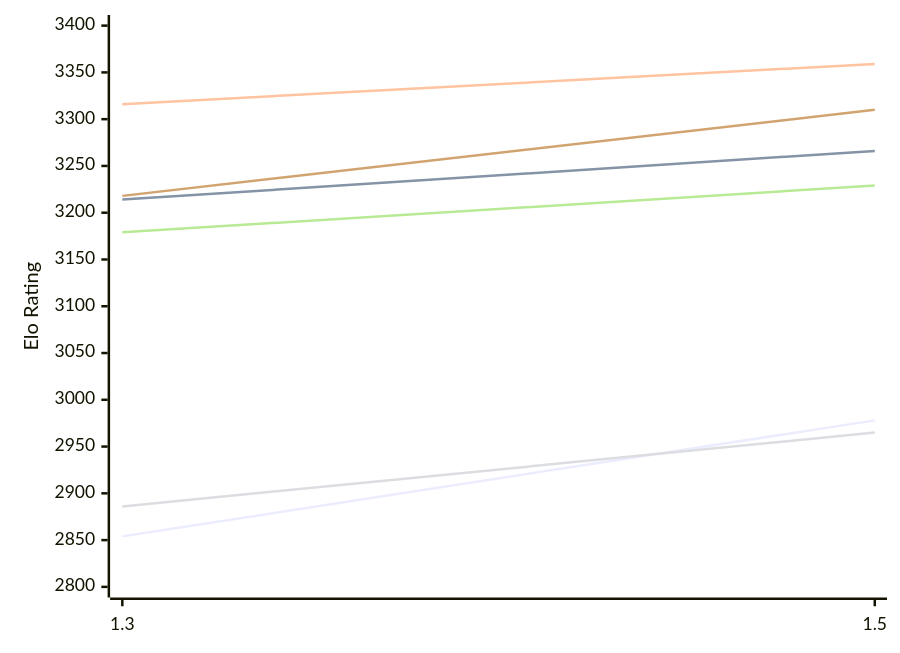
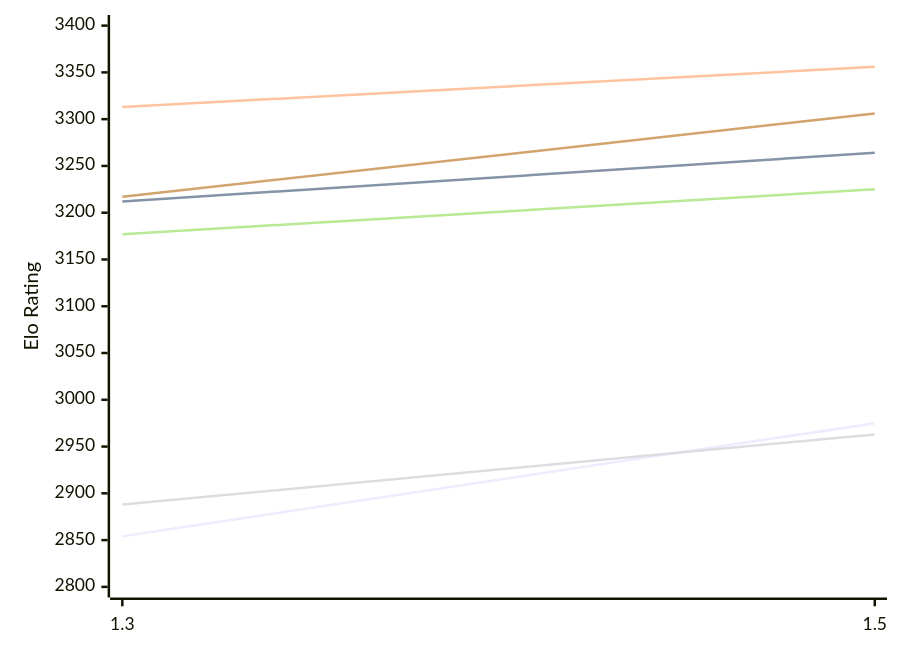
The first of 2 diagrams in engines/Lambergar.md (computer-chess-index/cci), drawn with Mermaid before and after one commit. The commit also changed other lines of this file, not shown here.

Commit message:
Update CCI Ratings (ELO VLTC) - 2026-11-19

````diff
--- a/engines/Lambergar.md
+++ b/engines/Lambergar.md
@@ -50,12 +50,12 @@
 ```mermaid
 %%{init: {"theme":"base","themeVariables":{"seriesColors:['#a3a3a3','#222221','#faa371']}}}%%
 xychart-beta
   x-axis ["1.3", "1.5"]
   y-axis "Elo Rating" 2800 --> 3400
-  line "E1: STC (8.0+0.08s)" [2854, 2978]
-  line "E1: LTC (60.0+0.60s)" [3214, 3266]
-  line "E1: VLTC (2m24s+1.12s)" [3316, 3359]
-  line "P1: STC (8.0+0.08s)" [2886, 2965]
-  line "P1: LTC (60.0+0.60s)" [3179, 3229]
-  line "P1: VLTC (2m24s+1.12s)" [3218, 3310]
+  line "E1: STC (8.0+0.08s)" [2854, 2975]
+  line "E1: LTC (60.0+0.60s)" [3212, 3264]
+  line "E1: VLTC (2m24s+1.12s)" [3313, 3356]
+  line "P1: STC (8.0+0.08s)" [2888, 2963]
+  line "P1: LTC (60.0+0.60s)" [3177, 3225]
+  line "P1: VLTC (2m24s+1.12s)" [3217, 3306]
 ```
````
